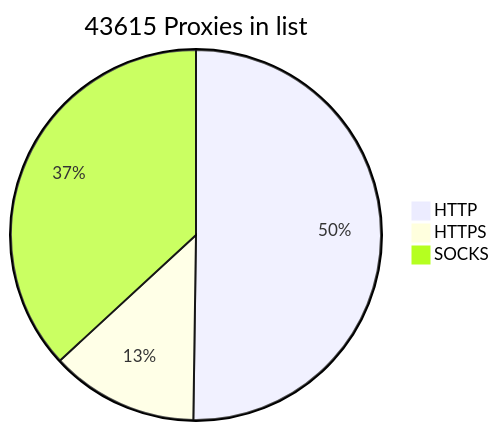
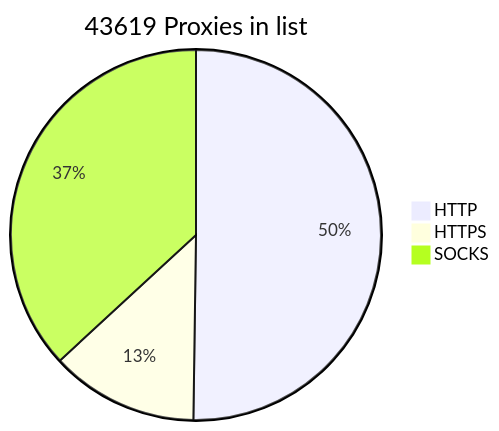
The diagram in README.md (BlackSnowDot/proxylist-update-every-minute), drawn with Mermaid before and after one commit.

````diff
--- a/README.md
+++ b/README.md
@@ -2,6 +2,6 @@
 ```mermaid
-pie title 43615 Proxies in list
-    "HTTP" : 24394
-    "HTTPS": 6269
+pie title 43619 Proxies in list
+    "HTTP" : 24393
+    "HTTPS": 6272
     "SOCKS" : 17903
 ```
````
